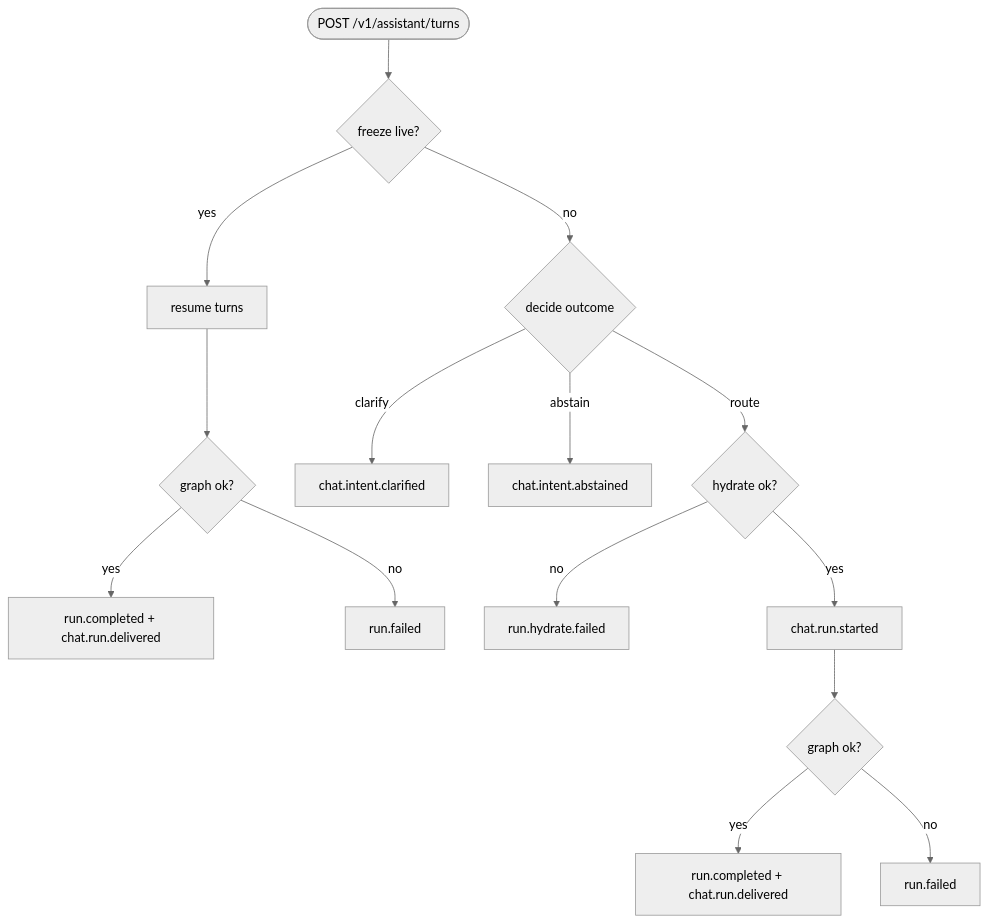
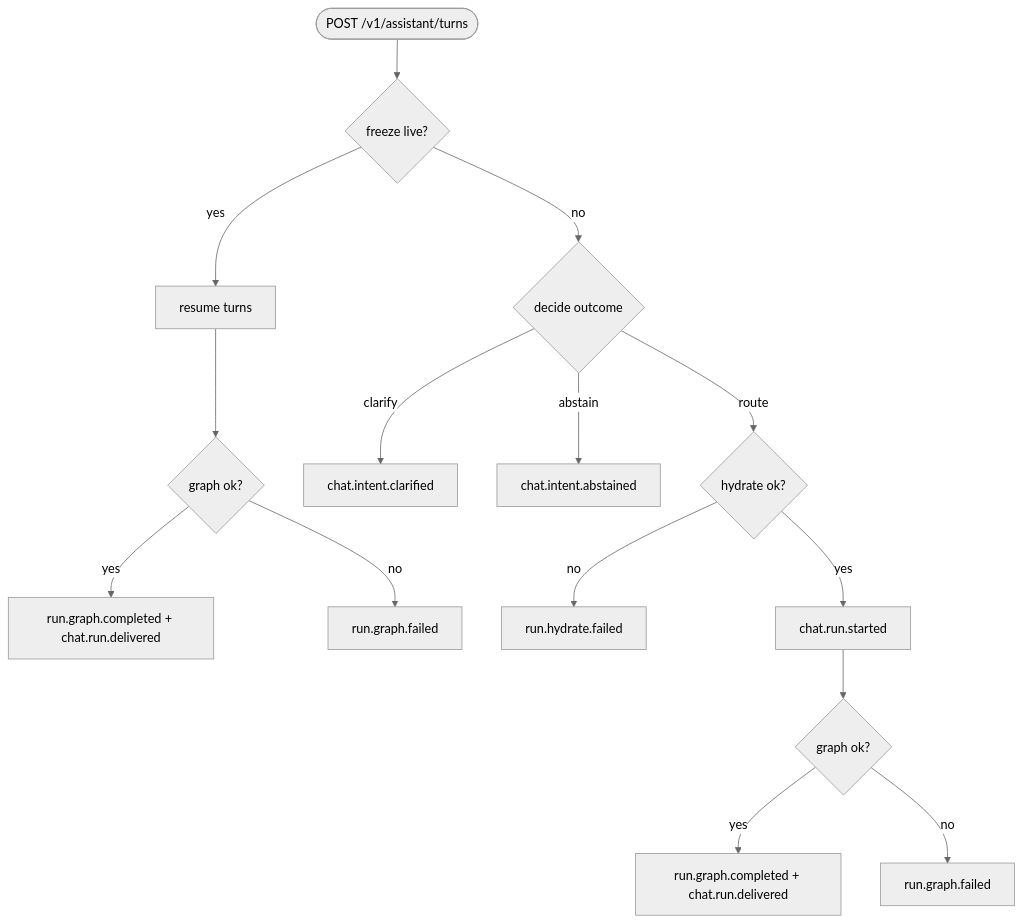
The fifth of 6 diagrams in agent-fabric-docs/02-understand/ids.md (iamsharmajitender/enterprise-agent-fabric), drawn with Mermaid (neutral theme) before and after one commit. The commit also changed other lines of this file and 7 other files, not shown here.

````diff
--- a/agent-fabric-docs/02-understand/ids.md
+++ b/agent-fabric-docs/02-understand/ids.md
@@ -262,17 +262,17 @@
 ```mermaid
 flowchart TD
   TURN([POST /v1/assistant/turns]) --> FREEZE{freeze live?}
   FREEZE -->|yes| RESUME[resume turns]
   RESUME --> G1{graph ok?}
-  G1 -->|yes| OK1[run.completed + chat.run.delivered]
-  G1 -->|no| F1[run.failed]
+  G1 -->|yes| OK1[run.graph.completed + chat.run.delivered]
+  G1 -->|no| F1[run.graph.failed]
   FREEZE -->|no| DECIDE{decide outcome}
   DECIDE -->|clarify| CL[chat.intent.clarified]
   DECIDE -->|abstain| AB[chat.intent.abstained]
   DECIDE -->|route| HYDRATE{hydrate ok?}
   HYDRATE -->|no| HF[run.hydrate.failed]
   HYDRATE -->|yes| ACC[chat.run.started]
   ACC --> G2{graph ok?}
-  G2 -->|yes| OK2[run.completed + chat.run.delivered]
-  G2 -->|no| F2[run.failed]
+  G2 -->|yes| OK2[run.graph.completed + chat.run.delivered]
+  G2 -->|no| F2[run.graph.failed]
 ```
````
